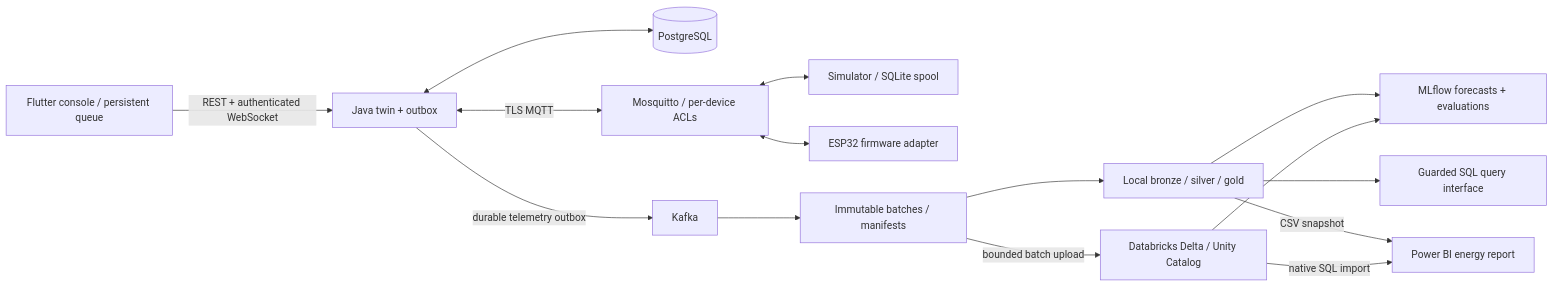
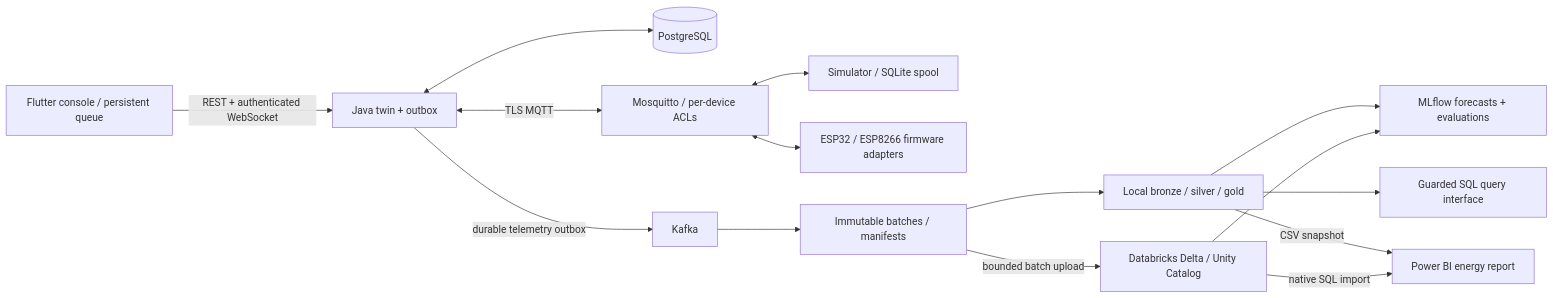
Before and after one commit to pes1ug23am910/appliance-energy: the diagram in docs/ARCHITECTURE.md, drawn with Mermaid. The commit also changed other lines of this file and 26 other files, not shown here.

Commit message:
Add isolated ESP8266 firmware adapter and validation

````diff
--- a/docs/ARCHITECTURE.md
+++ b/docs/ARCHITECTURE.md
@@ -3,17 +3,17 @@
 ```mermaid
 flowchart LR
   U[Flutter console / persistent queue] -->|REST + authenticated WebSocket| B[Java twin + outbox]
   B <--> P[(PostgreSQL)]
   B <-->|TLS MQTT| M[Mosquitto / per-device ACLs]
   M <--> D[Simulator / SQLite spool]
-  M <--> F[ESP32 firmware adapter]
+  M <--> F[ESP32 / ESP8266 firmware adapters]
   B -->|durable telemetry outbox| K[Kafka]
   K --> X[Immutable batches / manifests]
   X --> L[Local bronze / silver / gold]
   X -->|bounded batch upload| C[Databricks Delta / Unity Catalog]
   L --> R[MLflow forecasts + evaluations]
   L --> Q[Guarded SQL query interface]
   L -->|CSV snapshot| V[Power BI energy report]
   C -->|native SQL import| V
   C --> R
 ```
````
